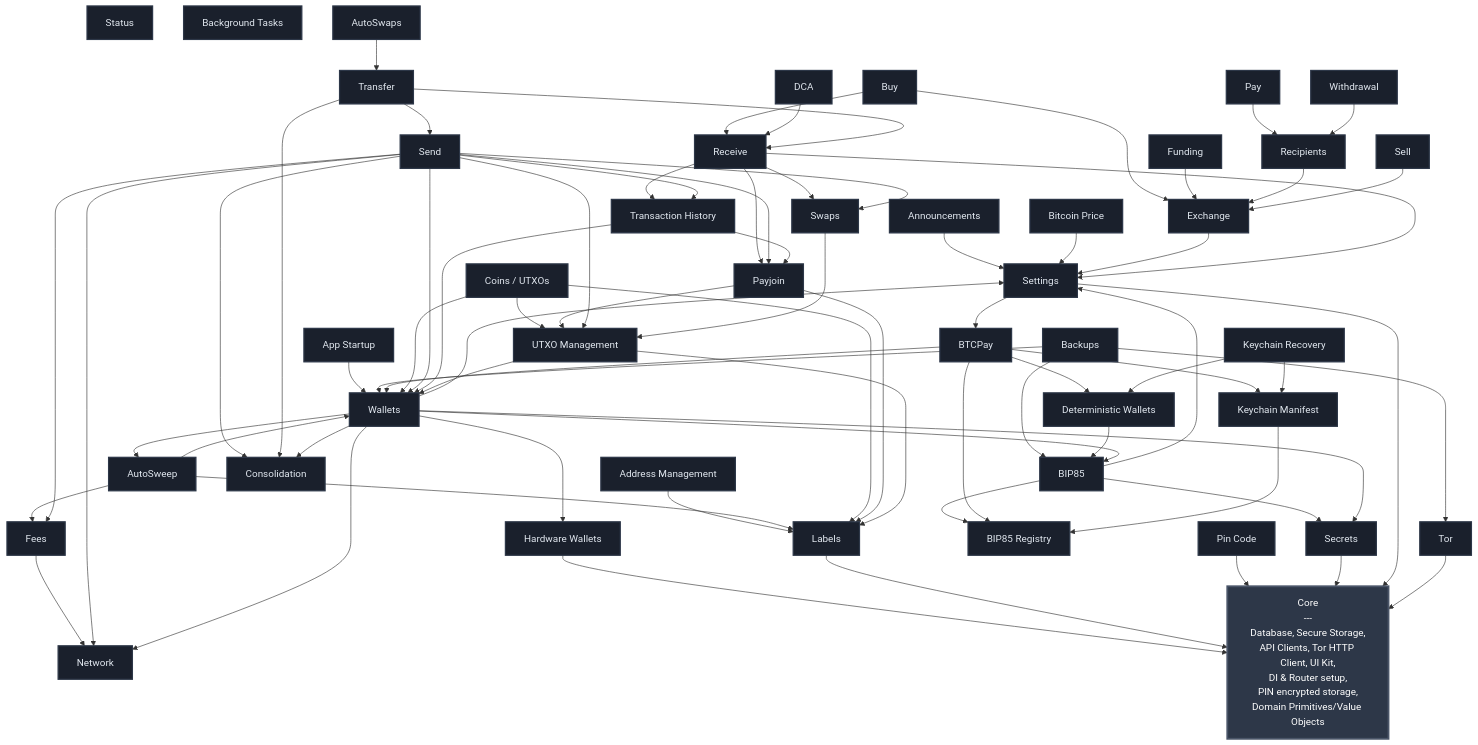
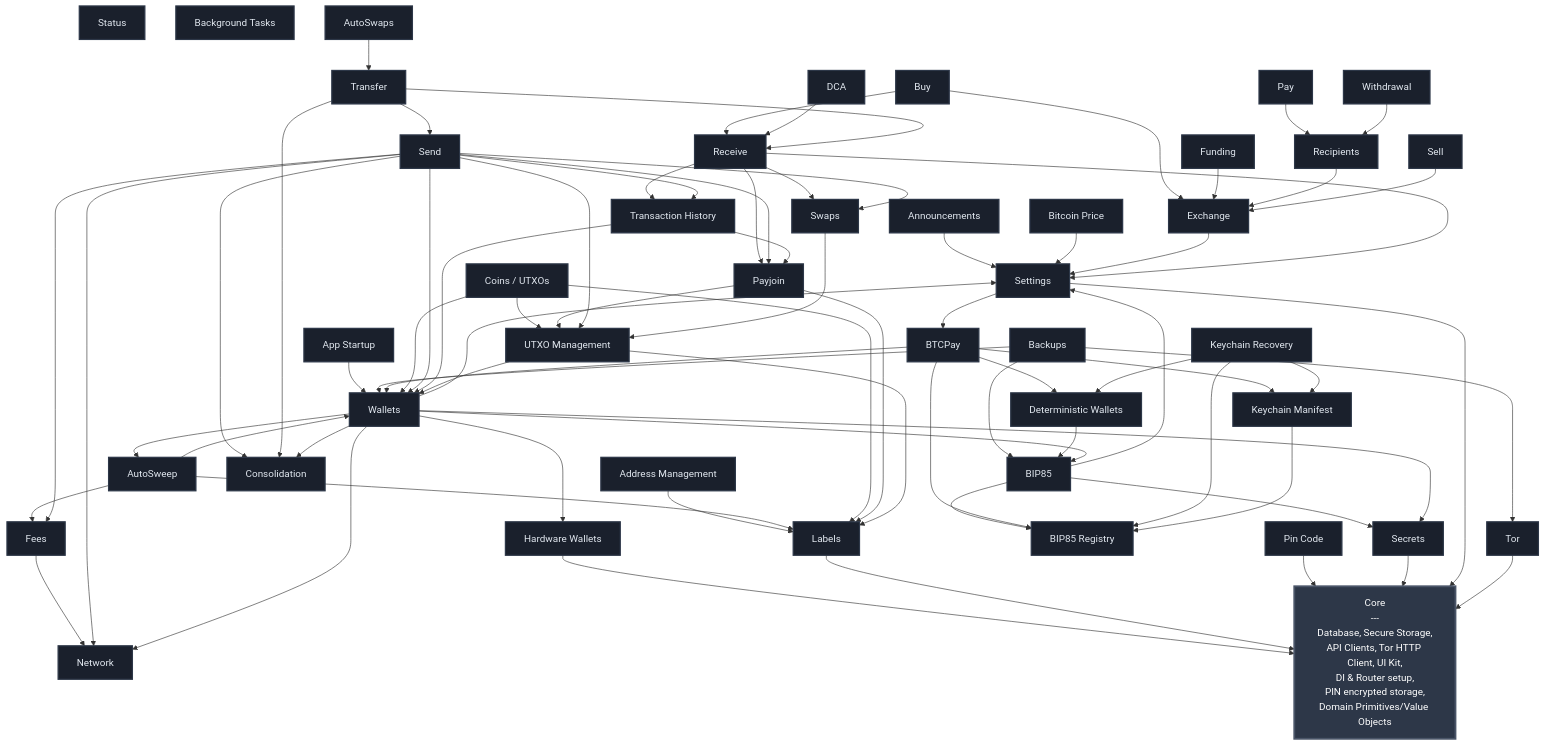
The diagram in FEATURES.md (BullishNode/bullbitcoin-mobile), drawn with Mermaid before and after one commit. The commit also changed 16 other files, not shown here.

Commit message:
fix(keychain_recovery): harden manifest wallet restore

```diff
--- a/FEATURES.md
+++ b/FEATURES.md
@@ -76,6 +76,7 @@
     BTCPAY --> DETERMINISTIC_WALLETS
     BTCPAY --> KEYCHAIN_MANIFEST
     BTCPAY --> WALLETS
+    KEYCHAIN_RECOVERY --> BIP85_REGISTRY
     KEYCHAIN_RECOVERY --> DETERMINISTIC_WALLETS
     KEYCHAIN_RECOVERY --> KEYCHAIN_MANIFEST
     BUY --> EXCHANGE
```
